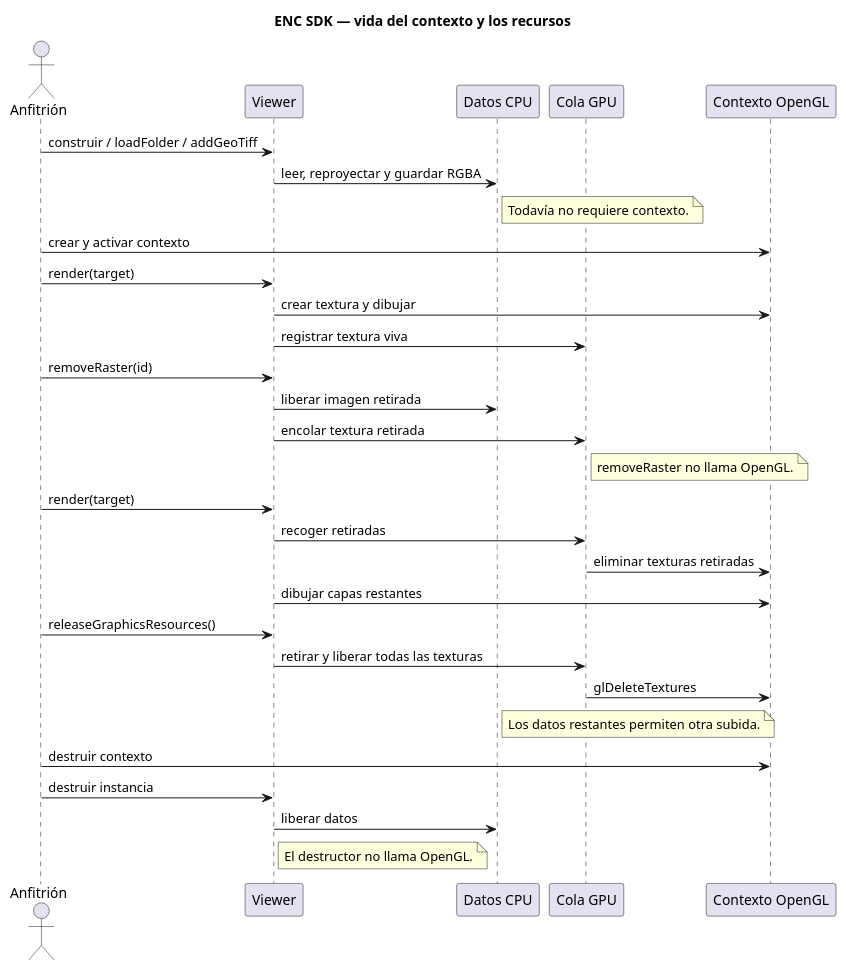
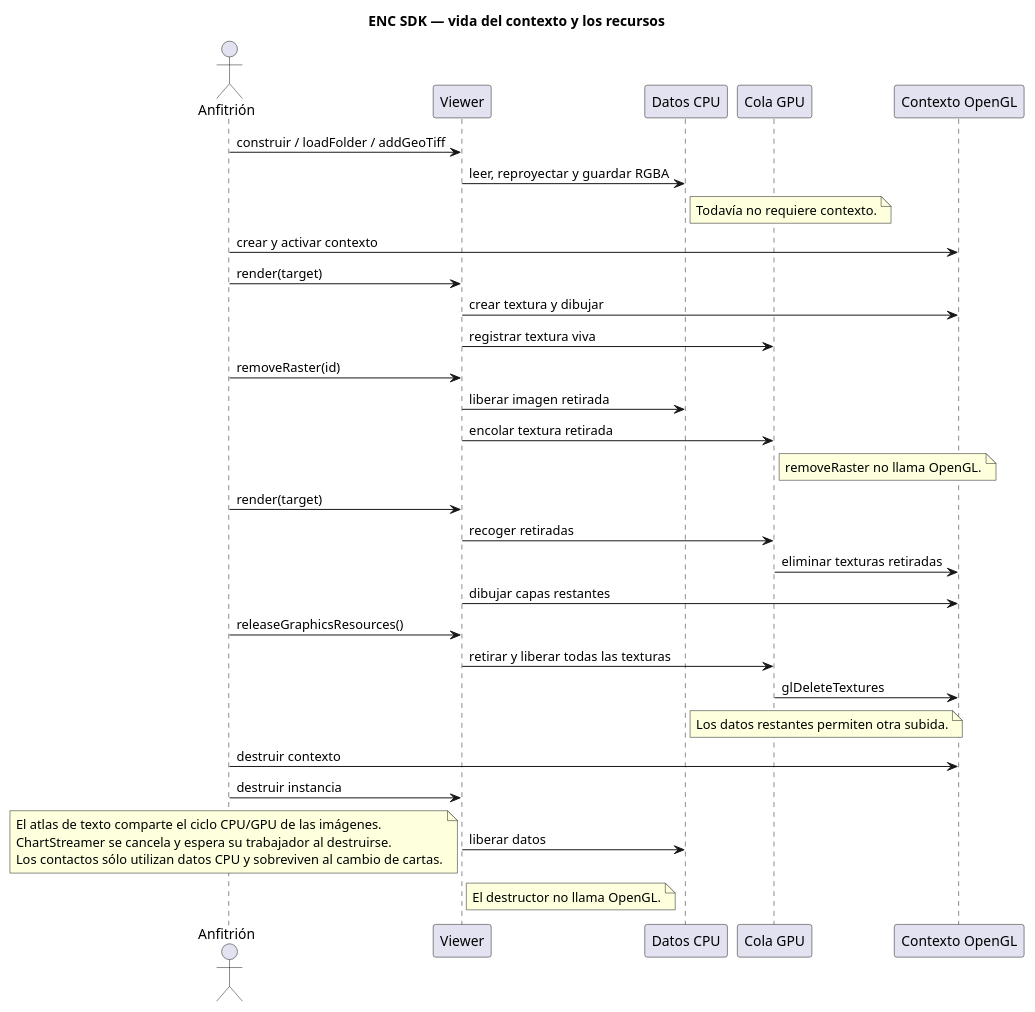
The diagram in docs/diagrams/lifecycle.puml (GiorgioCode/enc-viewer-sdk), drawn with PlantUML before and after one commit. The commit also changed 99 other files, not shown here.

```diff
--- a/docs/diagrams/lifecycle.puml
+++ b/docs/diagrams/lifecycle.puml
@@ -3,32 +3,37 @@
 @startuml
 title ENC SDK — vida del contexto y los recursos
 skinparam shadowing false
 actor "Anfitrión" as host
 participant Viewer
 participant "Datos CPU" as cpu
 participant "Cola GPU" as queue
 participant "Contexto OpenGL" as gl
 host -> Viewer : construir / loadFolder / addGeoTiff
 Viewer -> cpu : leer, reproyectar y guardar RGBA
 note right of cpu : Todavía no requiere contexto.
 host -> gl : crear y activar contexto
 host -> Viewer : render(target)
 Viewer -> gl : crear textura y dibujar
 Viewer -> queue : registrar textura viva
 host -> Viewer : removeRaster(id)
 Viewer -> cpu : liberar imagen retirada
 Viewer -> queue : encolar textura retirada
 note right of queue : removeRaster no llama OpenGL.
 host -> Viewer : render(target)
 Viewer -> queue : recoger retiradas
 queue -> gl : eliminar texturas retiradas
 Viewer -> gl : dibujar capas restantes
 host -> Viewer : releaseGraphicsResources()
 Viewer -> queue : retirar y liberar todas las texturas
 queue -> gl : glDeleteTextures
 note right of cpu : Los datos restantes permiten otra subida.
 host -> gl : destruir contexto
 host -> Viewer : destruir instancia
 Viewer -> cpu : liberar datos
 note right of Viewer : El destructor no llama OpenGL.
+note bottom
+  El atlas de texto comparte el ciclo CPU/GPU de las imágenes.
+  ChartStreamer se cancela y espera su trabajador al destruirse.
+  Los contactos sólo utilizan datos CPU y sobreviven al cambio de cartas.
+end note
 @enduml
```
